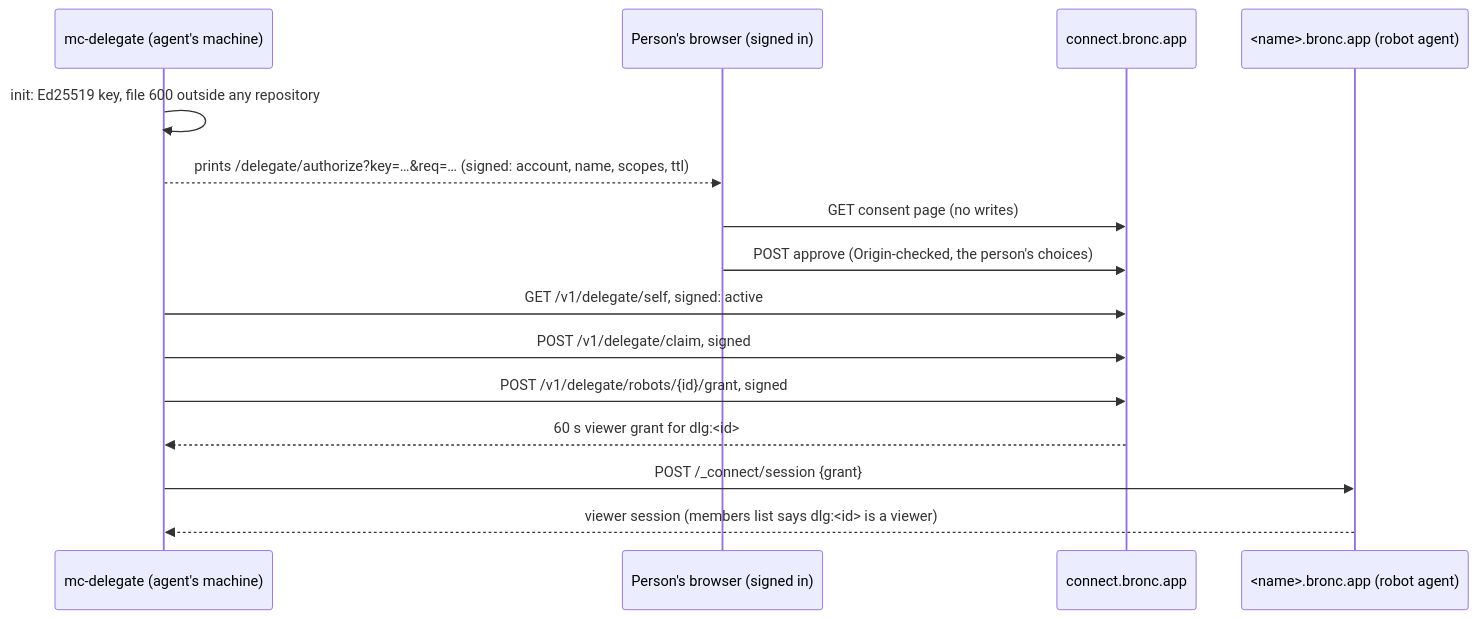
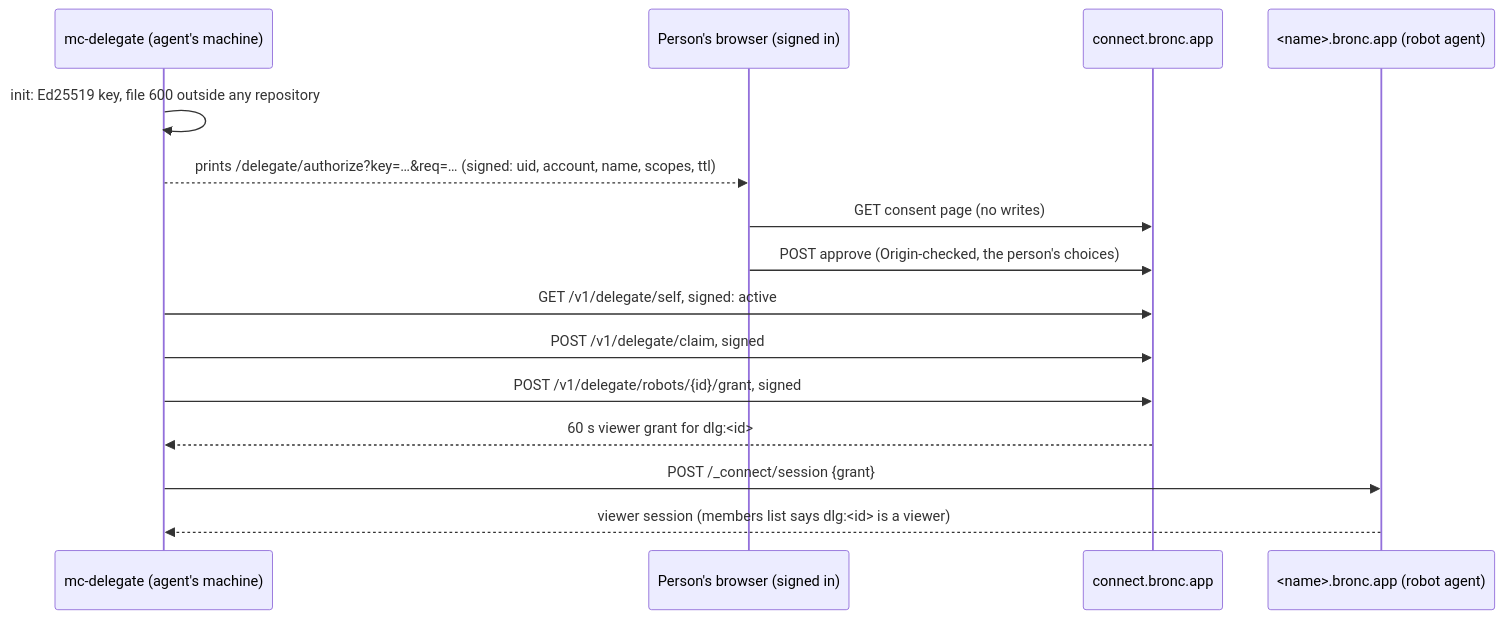
The diagram in docs/agent-delegation.md (liltaket/mowgli-connect), drawn with Mermaid before and after one commit. The commit also changed other lines of this file and 11 other files, not shown here.

````diff
--- a/docs/agent-delegation.md
+++ b/docs/agent-delegation.md
@@ -95,17 +95,17 @@
 ```mermaid
 sequenceDiagram
     participant CLI as mc-delegate (agent's machine)
     participant Browser as Person's browser (signed in)
     participant Relay as connect.bronc.app
     participant Robot as <name>.bronc.app (robot agent)
     CLI->>CLI: init: Ed25519 key, file 600 outside any repository
-    CLI-->>Browser: prints /delegate/authorize?key=…&req=… (signed: account, name, scopes, ttl)
+    CLI-->>Browser: prints /delegate/authorize?key=…&req=… (signed: uid, account, name, scopes, ttl)
     Browser->>Relay: GET consent page (no writes)
     Browser->>Relay: POST approve (Origin-checked, the person's choices)
     CLI->>Relay: GET /v1/delegate/self, signed: active
     CLI->>Relay: POST /v1/delegate/claim, signed
     CLI->>Relay: POST /v1/delegate/robots/{id}/grant, signed
     Relay-->>CLI: 60 s viewer grant for dlg:<id>
     CLI->>Robot: POST /_connect/session {grant}
     Robot-->>CLI: viewer session (members list says dlg:<id> is a viewer)
 ```
````
